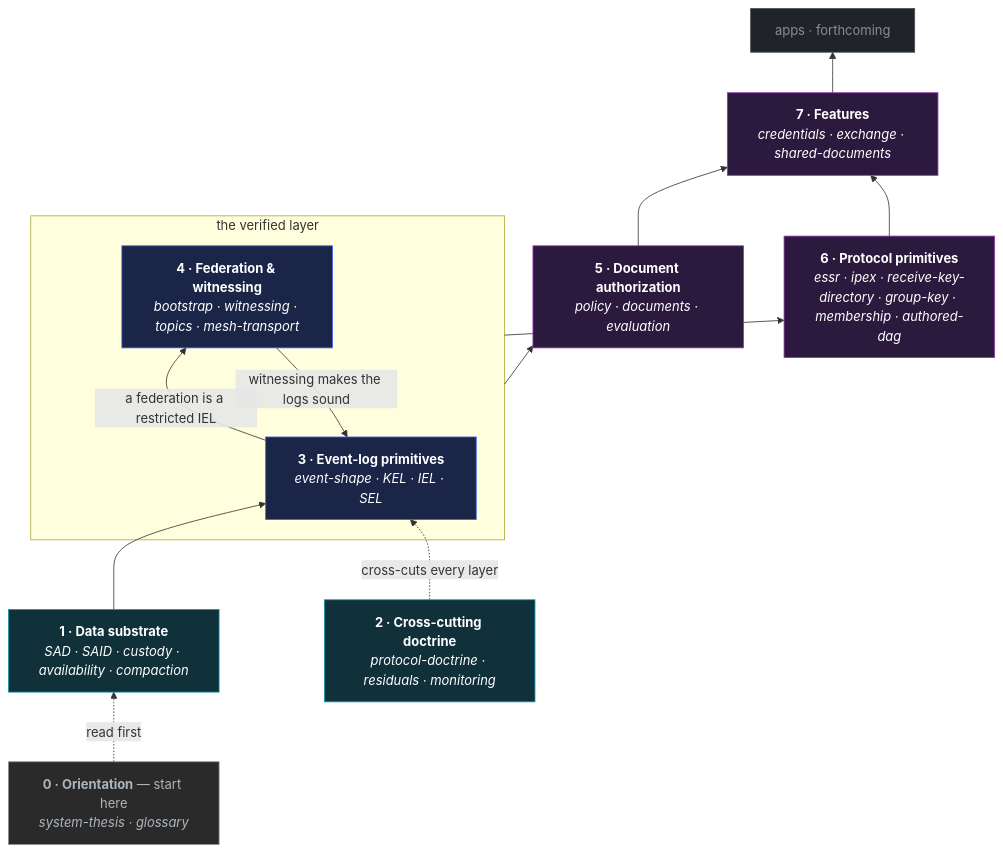
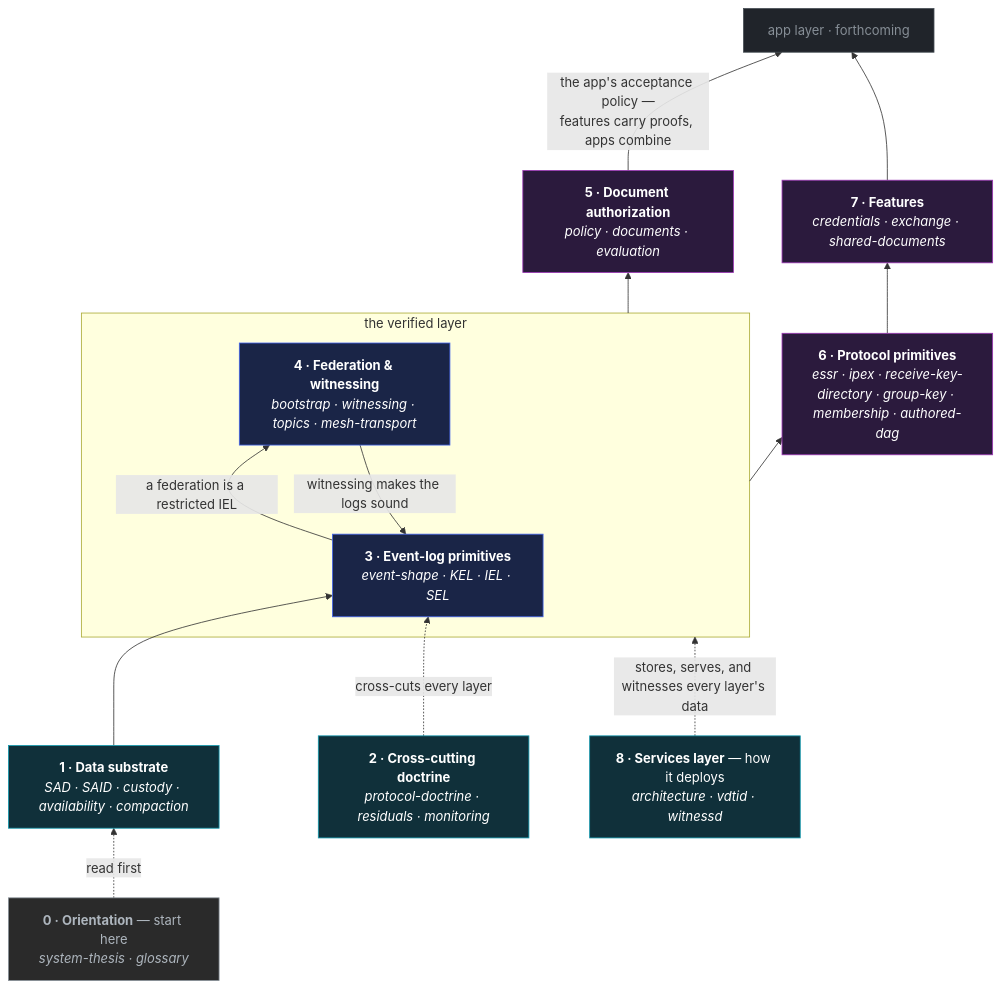
One commit to jasoncolburne/vdti changed the diagram in docs/design/README.md. Above: the diagram before and after it, drawn with Mermaid. The commit also changed other lines of this file and 15 other files, not shown here.

Commit message:
#32 vdtid and witnessd (#33)

````diff
--- a/docs/design/README.md
+++ b/docs/design/README.md
@@ -58,31 +58,33 @@
 ```mermaid
 flowchart BT
   L0["<b>0 · Orientation</b> — start here<br/><i>system-thesis · glossary</i>"]:::orient
   L1["<b>1 · Data substrate</b><br/><i>SAD · SAID · custody · availability · compaction</i>"]:::found
   L2["<b>2 · Cross-cutting doctrine</b><br/><i>protocol-doctrine · residuals · monitoring</i>"]:::found
   subgraph verified["the verified layer"]
     L3["<b>3 · Event-log primitives</b><br/><i>event-shape · KEL · IEL · SEL</i>"]:::core
     L4["<b>4 · Federation &amp; witnessing</b><br/><i>bootstrap · witnessing · topics · mesh-transport</i>"]:::core
   end
   L5["<b>5 · Document authorization</b><br/><i>policy · documents · evaluation</i>"]:::compose
   L6["<b>6 · Protocol primitives</b><br/><i>essr · ipex · receive-key-directory · group-key · membership · authored-dag</i>"]:::compose
   L7["<b>7 · Features</b><br/><i>credentials · exchange · shared-documents</i>"]:::compose
-  L8["apps · forthcoming"]:::future
+  L8["app layer · forthcoming"]:::future
 
   L0 -.->|read first| L1
   L1 --> L3
   L2 -.->|cross-cuts every layer| L3
   L4 -->|witnessing makes the logs sound| L3
   L3 -->|a federation is a restricted IEL| L4
   verified --> L5
   verified --> L6
-  L5 --> L7
   L6 --> L7
+  L5 -->|"the app's acceptance policy —<br/>features carry proofs, apps combine"| L8
   L7 --> L8
+  LS["<b>8 · Services layer</b> — how it deploys<br/><i>architecture · vdtid · witnessd</i>"]:::found
+  LS -.->|"stores, serves, and witnesses every layer's data"| verified
 
   classDef orient fill:#2a2a2a,stroke:#868e96,color:#adb5bd
   classDef found fill:#10303a,stroke:#1098ad,color:#fff
   classDef core fill:#1a2547,stroke:#4263eb,color:#fff
   classDef compose fill:#2b1a3d,stroke:#9c36b5,color:#fff
   classDef future fill:#20242a,stroke:#495057,color:#868e96
 ```
````
